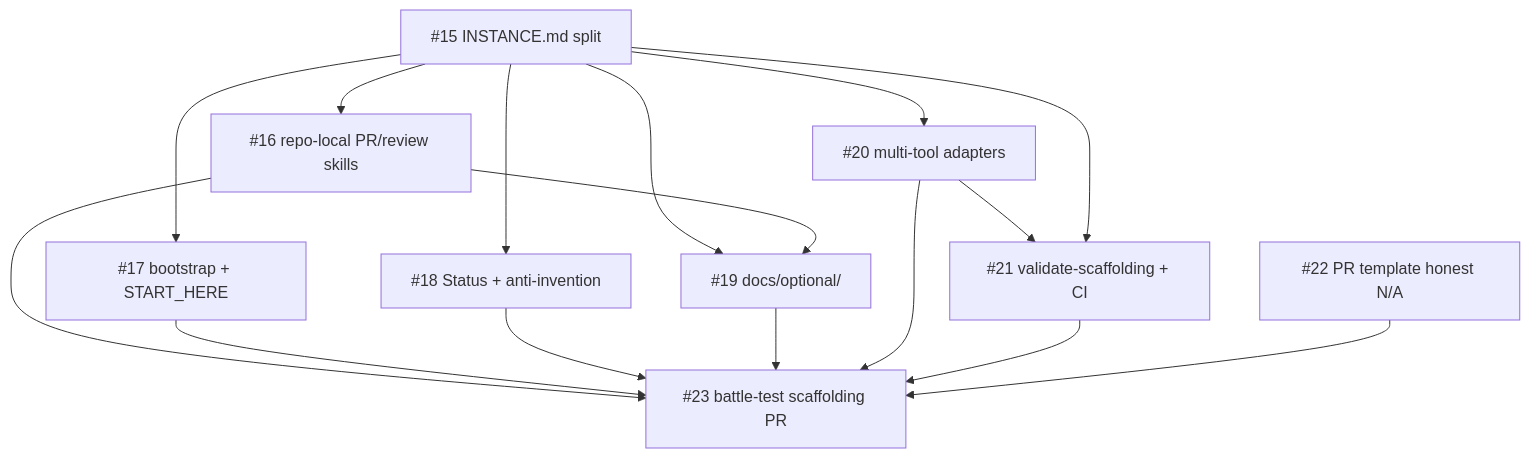
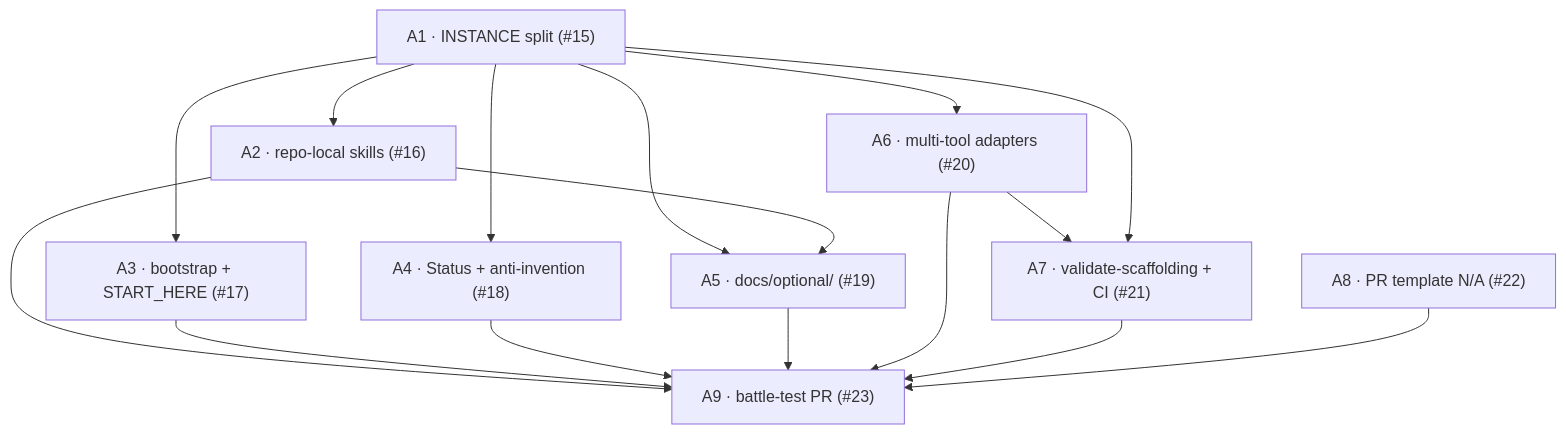
The diagram in docs/plans/template-prep.md (julianken/violin-tools), drawn with Mermaid before and after one commit. The commit also changed other lines of this file and 11 other files, not shown here.

````diff
--- a/docs/plans/template-prep.md
+++ b/docs/plans/template-prep.md
@@ -13,28 +15,28 @@
 ```mermaid
 flowchart TD
-  I15["#15 INSTANCE.md split"]
-  I22["#22 PR template honest N/A"]
-  I16["#16 repo-local PR/review skills"]
-  I17["#17 bootstrap + START_HERE"]
-  I18["#18 Status + anti-invention"]
-  I19["#19 docs/optional/"]
-  I20["#20 multi-tool adapters"]
-  I21["#21 validate-scaffolding + CI"]
-  I23["#23 battle-test scaffolding PR"]
+  A1["A1 · INSTANCE split (#15)"]
+  A8["A8 · PR template N/A (#22)"]
+  A2["A2 · repo-local skills (#16)"]
+  A3["A3 · bootstrap + START_HERE (#17)"]
+  A4["A4 · Status + anti-invention (#18)"]
+  A5["A5 · docs/optional/ (#19)"]
+  A6["A6 · multi-tool adapters (#20)"]
+  A7["A7 · validate-scaffolding + CI (#21)"]
+  A9["A9 · battle-test PR (#23)"]
 
-  I15 --> I16
-  I15 --> I17
-  I15 --> I18
-  I15 --> I19
-  I15 --> I20
-  I16 --> I19
-  I20 --> I21
-  I15 --> I21
-  I16 --> I23
-  I17 --> I23
-  I18 --> I23
-  I19 --> I23
-  I20 --> I23
-  I21 --> I23
-  I22 --> I23
+  A1 --> A2
+  A1 --> A3
+  A1 --> A4
+  A1 --> A5
+  A1 --> A6
+  A2 --> A5
+  A6 --> A7
+  A1 --> A7
+  A2 --> A9
+  A3 --> A9
+  A4 --> A9
+  A5 --> A9
+  A6 --> A9
+  A7 --> A9
+  A8 --> A9
 ```
````
